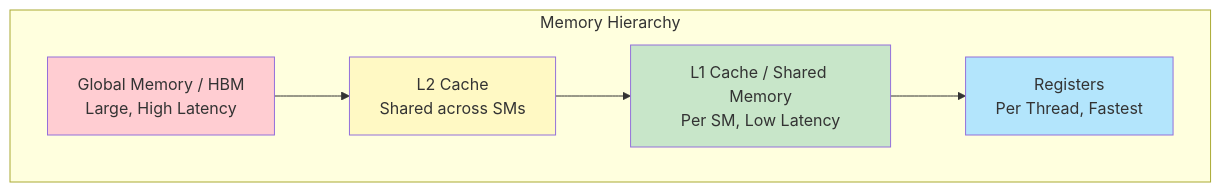
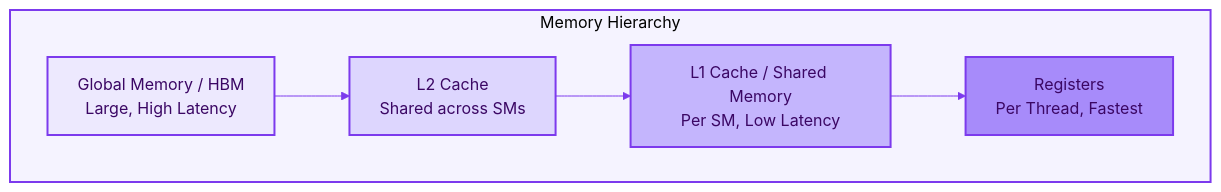
The tenth of 13 diagrams in docs/architecture.md (chenxingqiang/YiRage), drawn with Mermaid before and after one commit. The commit also changed other lines of this file and 9 other files, not shown here.

First line of the commit message:
style: unify Mermaid diagrams to minimal purple theme

````diff
--- a/docs/architecture.md
+++ b/docs/architecture.md
@@ -295,16 +314,18 @@
 ```mermaid
+%%{init: {'theme': 'base', 'themeVariables': { 'primaryColor': '#ede9fe', 'primaryTextColor': '#3b0764', 'lineColor': '#7c3aed'}}}%%
 graph TB
-    subgraph "Memory Hierarchy"
+    subgraph MEM["Memory Hierarchy"]
         A[Global Memory / HBM<br/>Large, High Latency]
         B[L2 Cache<br/>Shared across SMs]
         C[L1 Cache / Shared Memory<br/>Per SM, Low Latency]
         D[Registers<br/>Per Thread, Fastest]
     end
 
     A --> B --> C --> D
 
-    style A fill:#ffcdd2
-    style B fill:#fff9c4
-    style C fill:#c8e6c9
-    style D fill:#b3e5fc
+    style MEM fill:#f5f3ff,stroke:#7c3aed,stroke-width:2px
+    style A fill:#ede9fe,stroke:#7c3aed,stroke-width:2px
+    style B fill:#ddd6fe,stroke:#7c3aed,stroke-width:2px
+    style C fill:#c4b5fd,stroke:#7c3aed,stroke-width:2px
+    style D fill:#a78bfa,stroke:#7c3aed,stroke-width:2px
 ```
````
